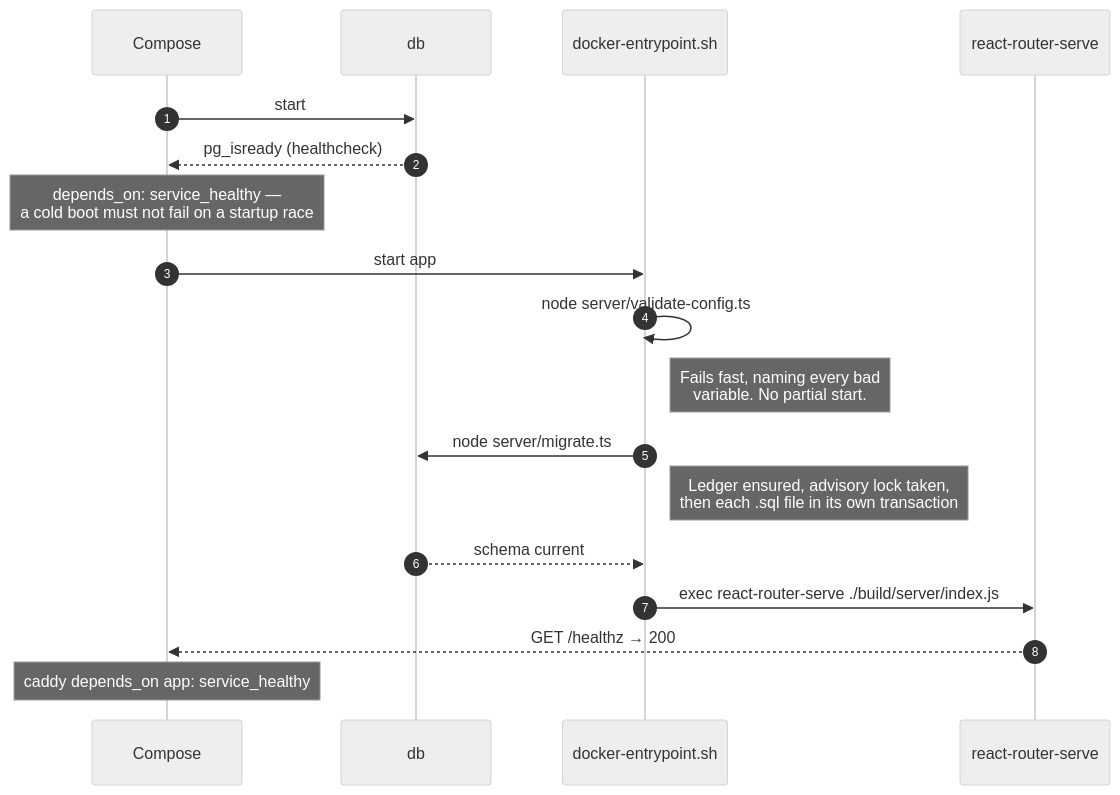
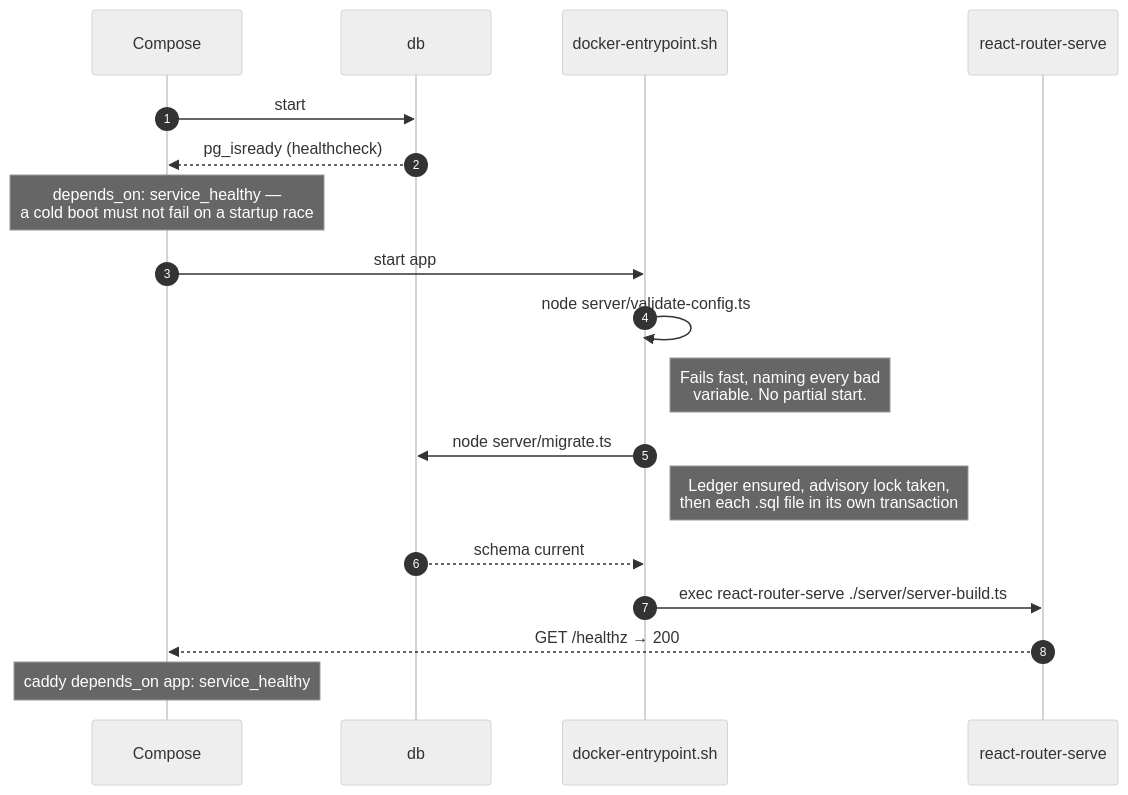
The third of 11 diagrams in ARCHITECTURE.md (chethan123/portfolio), drawn with Mermaid (neutral theme) before and after one commit. The commit also changed other lines of this file and 7 other files, not shown here.

````diff
--- a/ARCHITECTURE.md
+++ b/ARCHITECTURE.md
@@ -242,21 +242,21 @@
 ```mermaid
 sequenceDiagram
     autonumber
     participant C as Compose
     participant DB as db
     participant E as docker-entrypoint.sh
     participant S as react-router-serve
 
     C->>DB: start
     DB-->>C: pg_isready (healthcheck)
     Note over C: depends_on: service_healthy —<br/>a cold boot must not fail on a startup race
     C->>E: start app
     E->>E: node server/validate-config.ts
     Note right of E: Fails fast, naming every bad<br/>variable. No partial start.
     E->>DB: node server/migrate.ts
     Note right of E: Ledger ensured, advisory lock taken,<br/>then each .sql file in its own transaction
     DB-->>E: schema current
-    E->>S: exec react-router-serve ./build/server/index.js
+    E->>S: exec react-router-serve ./server/server-build.ts
     S-->>C: GET /healthz → 200
     Note over C: caddy depends_on app: service_healthy
 ```
````
